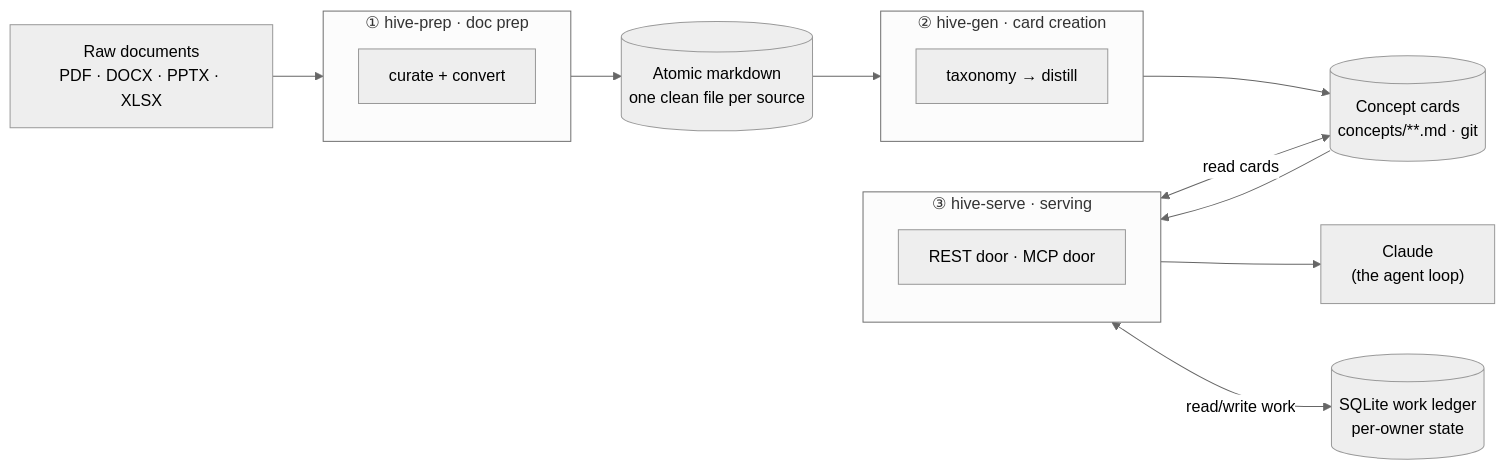
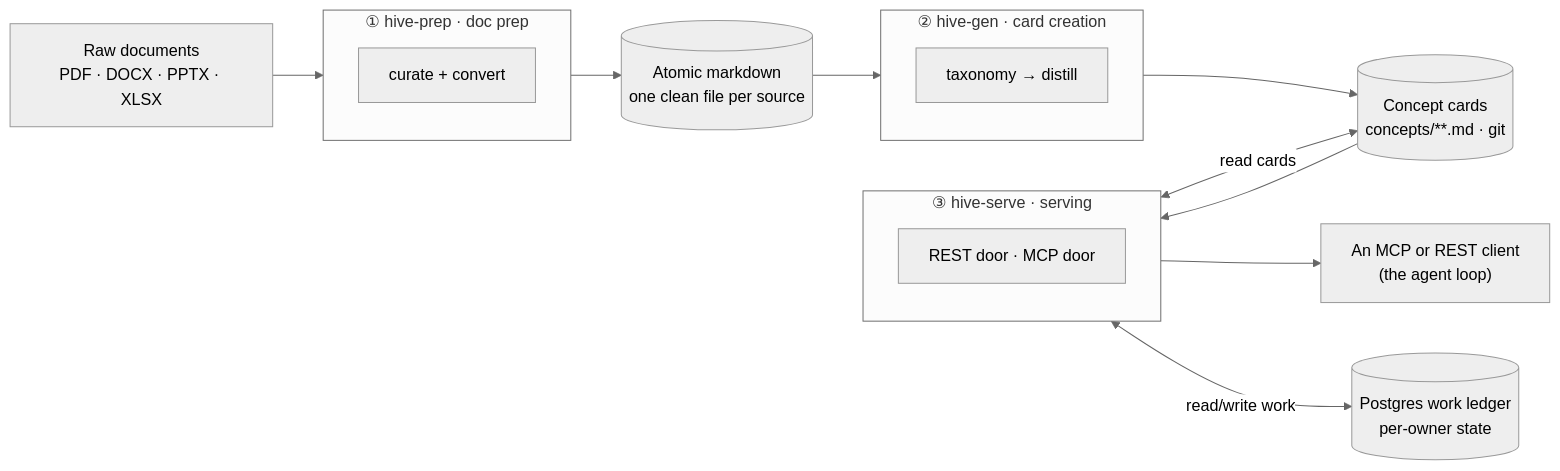
Before and after one commit to voyagerforge-dev/hive-intelligence: the first of 9 diagrams in docs/concepts/pipeline.md, drawn with Mermaid (neutral theme). The commit also changed other lines of this file and 62 other files, not shown here.

````diff
--- a/docs/concepts/pipeline.md
+++ b/docs/concepts/pipeline.md
@@ -30,30 +30,30 @@
 ```mermaid
 flowchart LR
     raw["Raw documents<br/>PDF · DOCX · PPTX · XLSX"]
 
     subgraph P["① hive-prep · doc prep"]
         direction TB
         p1[curate + convert]
     end
 
     atomic[("Atomic markdown<br/>one clean file per source")]
 
     subgraph G["② hive-gen · card creation"]
         direction TB
         g1[taxonomy → distill]
     end
 
     cards[("Concept cards<br/>concepts/**.md · git")]
 
     subgraph S["③ hive-serve · serving"]
         direction TB
         s1[REST door · MCP door]
     end
 
-    claude["Claude<br/>(the agent loop)"]
-    ledger[("SQLite work ledger<br/>per-owner state")]
+    agent["An MCP or REST client<br/>(the agent loop)"]
+    ledger[("Postgres work ledger<br/>per-owner state")]
 
-    raw --> P --> atomic --> G --> cards --> S --> claude
+    raw --> P --> atomic --> G --> cards --> S --> agent
     S <-->|read cards| cards
     S <-->|read/write work| ledger
 ```
````
